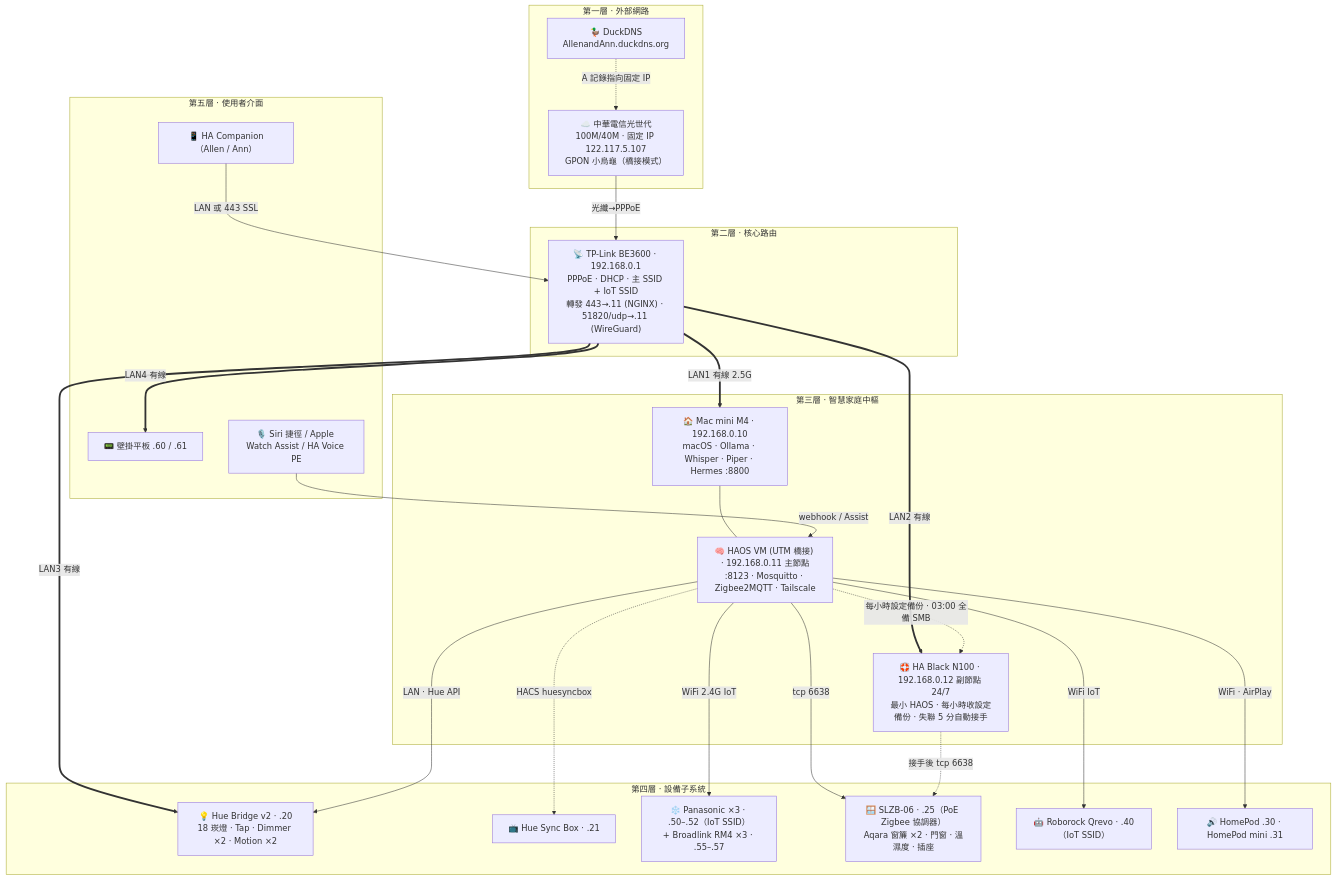
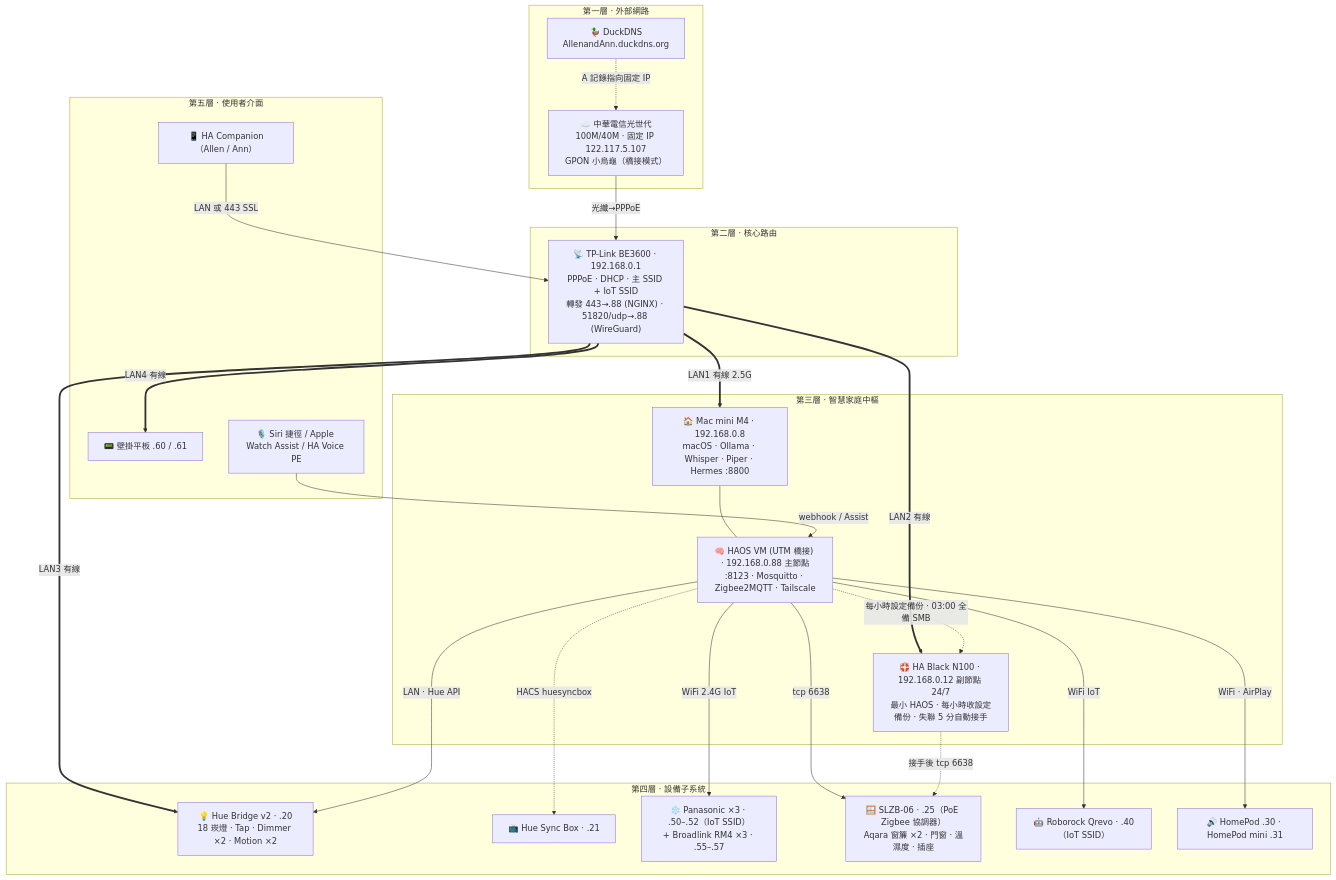
The diagram in docs/SOP/assets/topology.mmd (allenchen1113official/smarthome), drawn with Mermaid before and after one commit. The commit also changed 33 other files, not shown here.

First line of the commit message:
手冊 v1.6.1：依實機更新 IP — Mac mini allenchaldeMini 192.168.0.8、Home Assistant 192.168.0.88；全文/packages/Hermes/青鳥/LB/拓樸圖/試算表同步

```diff
--- a/docs/SOP/assets/topology.mmd
+++ b/docs/SOP/assets/topology.mmd
@@ -1,43 +1,43 @@
 flowchart TB
   subgraph L1["第一層 · 外部網路"]
     CHT["☁️ 中華電信光世代<br/>100M/40M · 固定 IP 122.117.5.107<br/>GPON 小烏龜（橋接模式）"]
     DDNS["🦆 DuckDNS<br/>AllenandAnn.duckdns.org"]
   end
   subgraph L2["第二層 · 核心路由"]
-    RT["📡 TP-Link BE3600 · 192.168.0.1<br/>PPPoE · DHCP · 主 SSID + IoT SSID<br/>轉發 443→.11 (NGINX) · 51820/udp→.11 (WireGuard)"]
+    RT["📡 TP-Link BE3600 · 192.168.0.1<br/>PPPoE · DHCP · 主 SSID + IoT SSID<br/>轉發 443→.88 (NGINX) · 51820/udp→.88 (WireGuard)"]
   end
   subgraph L3["第三層 · 智慧家庭中樞"]
-    MAC["🏠 Mac mini M4 · 192.168.0.10<br/>macOS · Ollama · Whisper · Piper · Hermes :8800"]
-    HAOS["🧠 HAOS VM (UTM 橋接) · 192.168.0.11 主節點<br/>:8123 · Mosquitto · Zigbee2MQTT · Tailscale"]
+    MAC["🏠 Mac mini M4 · 192.168.0.8<br/>macOS · Ollama · Whisper · Piper · Hermes :8800"]
+    HAOS["🧠 HAOS VM (UTM 橋接) · 192.168.0.88 主節點<br/>:8123 · Mosquitto · Zigbee2MQTT · Tailscale"]
     BK["🛟 HA Black N100 · 192.168.0.12 副節點 24/7<br/>最小 HAOS · 每小時收設定備份 · 失聯 5 分自動接手"]
     MAC --- HAOS
   end
   subgraph L4["第四層 · 設備子系統"]
     HUE["💡 Hue Bridge v2 · .20<br/>18 崁燈 · Tap · Dimmer ×2 · Motion ×2"]
     SYNC["📺 Hue Sync Box · .21"]
     AC["❄️ Panasonic ×3 · .50–.52（IoT SSID）<br/>+ Broadlink RM4 ×3 · .55–.57"]
     ZB["🪟 SLZB-06 · .25（PoE Zigbee 協調器）<br/>Aqara 窗簾 ×2 · 門窗 · 溫濕度 · 插座"]
     ROBO["🤖 Roborock Qrevo · .40（IoT SSID）"]
     HP["🔊 HomePod .30 · HomePod mini .31"]
   end
   subgraph L5["第五層 · 使用者介面"]
     APP["📱 HA Companion（Allen / Ann）"]
     TAB["📟 壁掛平板 .60 / .61"]
     VOICE["🎙️ Siri 捷徑 / Apple Watch Assist / HA Voice PE"]
   end
   CHT -->|光纖→PPPoE| RT
   DDNS -.->|A 記錄指向固定 IP| CHT
   RT ==>|LAN1 有線 2.5G| MAC
   RT ==>|LAN2 有線| BK
   RT ==>|LAN3 有線| HUE
   RT ==>|LAN4 有線| TAB
   HAOS -->|WiFi 2.4G IoT| AC
   HAOS -->|tcp 6638| ZB
   BK -.->|接手後 tcp 6638| ZB
   HAOS -->|WiFi IoT| ROBO
   HAOS -->|LAN · Hue API| HUE
   HAOS -->|WiFi · AirPlay| HP
   HAOS -.->|HACS huesyncbox| SYNC
   HAOS -.->|每小時設定備份 · 03:00 全備 SMB| BK
   APP -->|LAN 或 443 SSL| RT
   VOICE -->|webhook / Assist| HAOS
```
